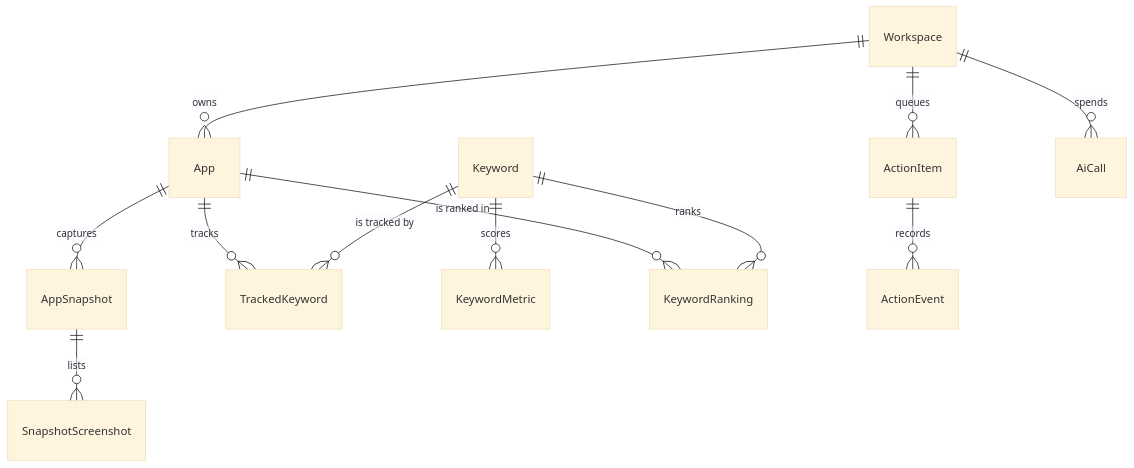
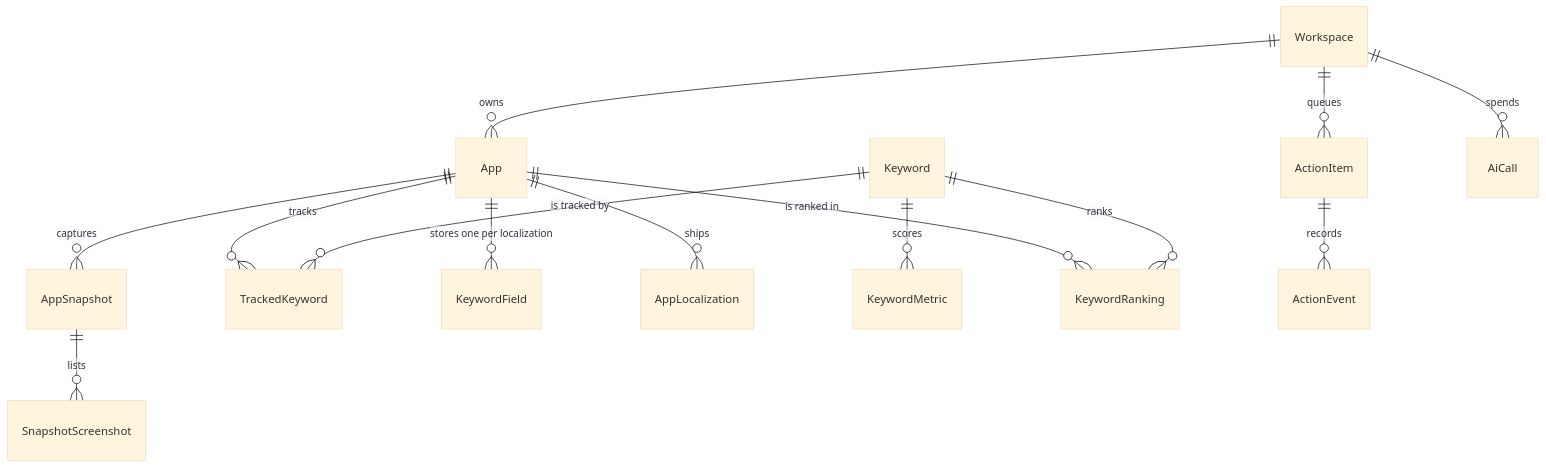
Before and after one commit to AsoBeast/asobeast: the diagram in docs/concepts/data-model.mdx, drawn with Mermaid (base theme). The commit also changed other lines of this file and 9 other files, not shown here.

Commit message:
feat(db): add the app localization table

````diff
--- a/docs/concepts/data-model.mdx
+++ b/docs/concepts/data-model.mdx
@@ -38,14 +40,16 @@
 ```mermaid
 erDiagram
   Workspace ||--o{ App : owns
   App ||--o{ AppSnapshot : captures
   AppSnapshot ||--o{ SnapshotScreenshot : lists
   App ||--o{ TrackedKeyword : tracks
+  App ||--o{ KeywordField : "stores one per localization"
+  App ||--o{ AppLocalization : ships
   Keyword ||--o{ TrackedKeyword : "is tracked by"
   Keyword ||--o{ KeywordMetric : scores
   App ||--o{ KeywordRanking : "is ranked in"
   Keyword ||--o{ KeywordRanking : ranks
   Workspace ||--o{ ActionItem : queues
   ActionItem ||--o{ ActionEvent : records
   Workspace ||--o{ AiCall : spends
 ```
````
